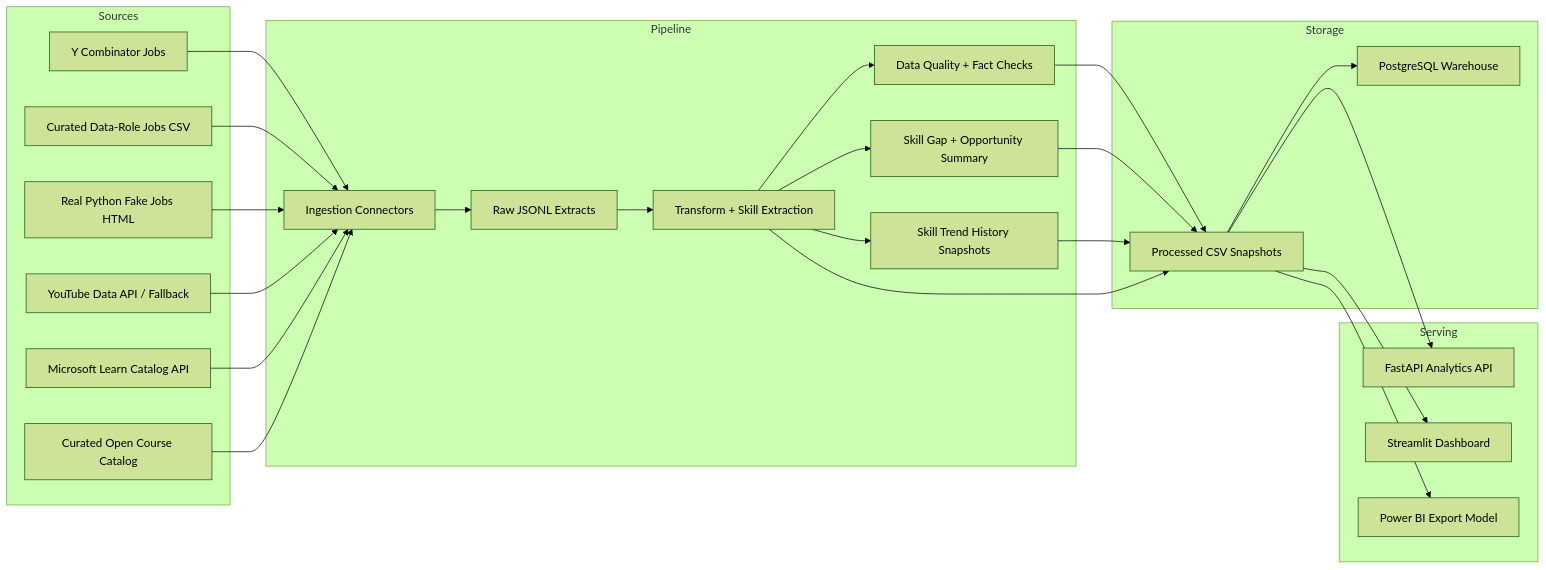
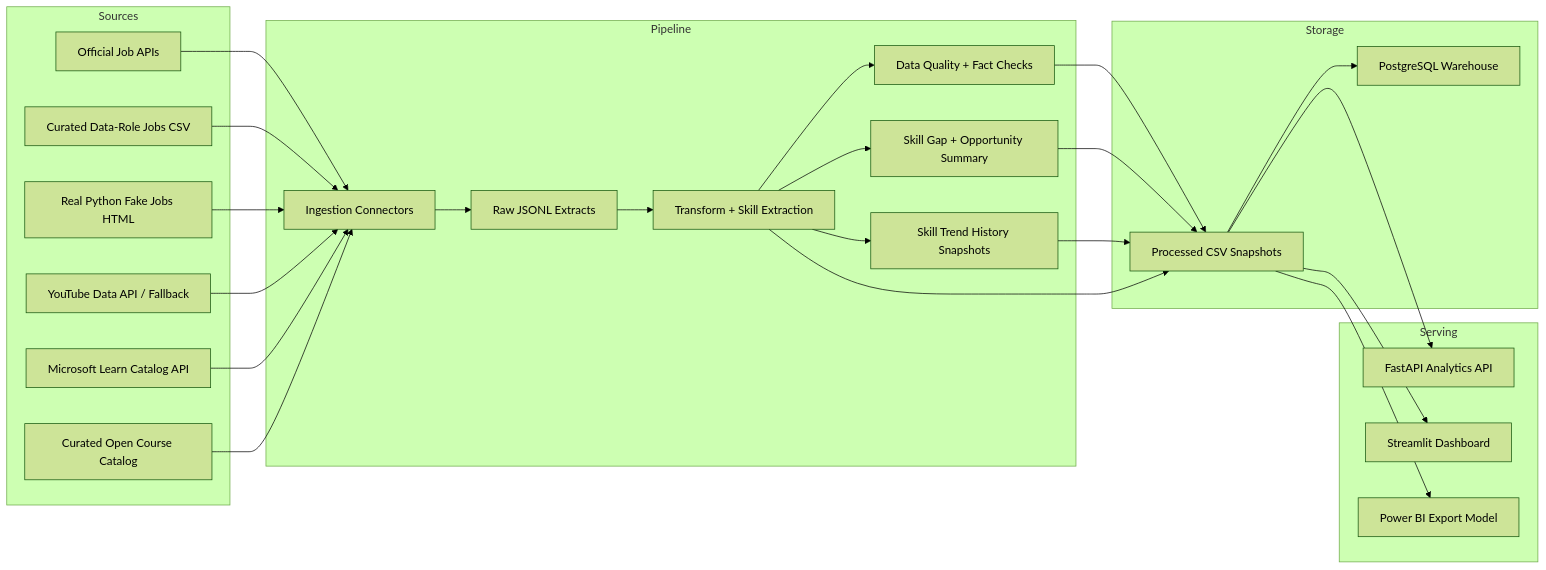
One commit to Sarthak2661/SkillSync changed the diagram in README.md. Above: the diagram before and after it, drawn with Mermaid (forest theme). The commit also changed other lines of this file and 31 other files, not shown here.

````diff
--- a/README.md
+++ b/README.md
@@ -73,51 +78,51 @@
 ```mermaid
 flowchart LR
     subgraph Sources
-        J1["Y Combinator Jobs"]
+        J1["Official Job APIs"]
         J2["Curated Data-Role Jobs CSV"]
         J3["Real Python Fake Jobs HTML"]
         C1["YouTube Data API / Fallback"]
         C2["Microsoft Learn Catalog API"]
         C3["Curated Open Course Catalog"]
     end
 
     subgraph Pipeline
         I["Ingestion Connectors"]
         R["Raw JSONL Extracts"]
         T["Transform + Skill Extraction"]
         Q["Data Quality + Fact Checks"]
         G["Skill Gap + Opportunity Summary"]
         H["Skill Trend History Snapshots"]
     end
 
     subgraph Storage
         CSV["Processed CSV Snapshots"]
         PG["PostgreSQL Warehouse"]
     end
 
     subgraph Serving
         API["FastAPI Analytics API"]
         ST["Streamlit Dashboard"]
         PBI["Power BI Export Model"]
     end
 
     J1 --> I
     J2 --> I
     J3 --> I
     C1 --> I
     C2 --> I
     C3 --> I
     I --> R
     R --> T
     T --> Q
     T --> G
     T --> H
     Q --> CSV
     G --> CSV
     H --> CSV
     T --> CSV
     CSV --> API
     CSV --> ST
     CSV --> PBI
     CSV --> PG
 ```
````
